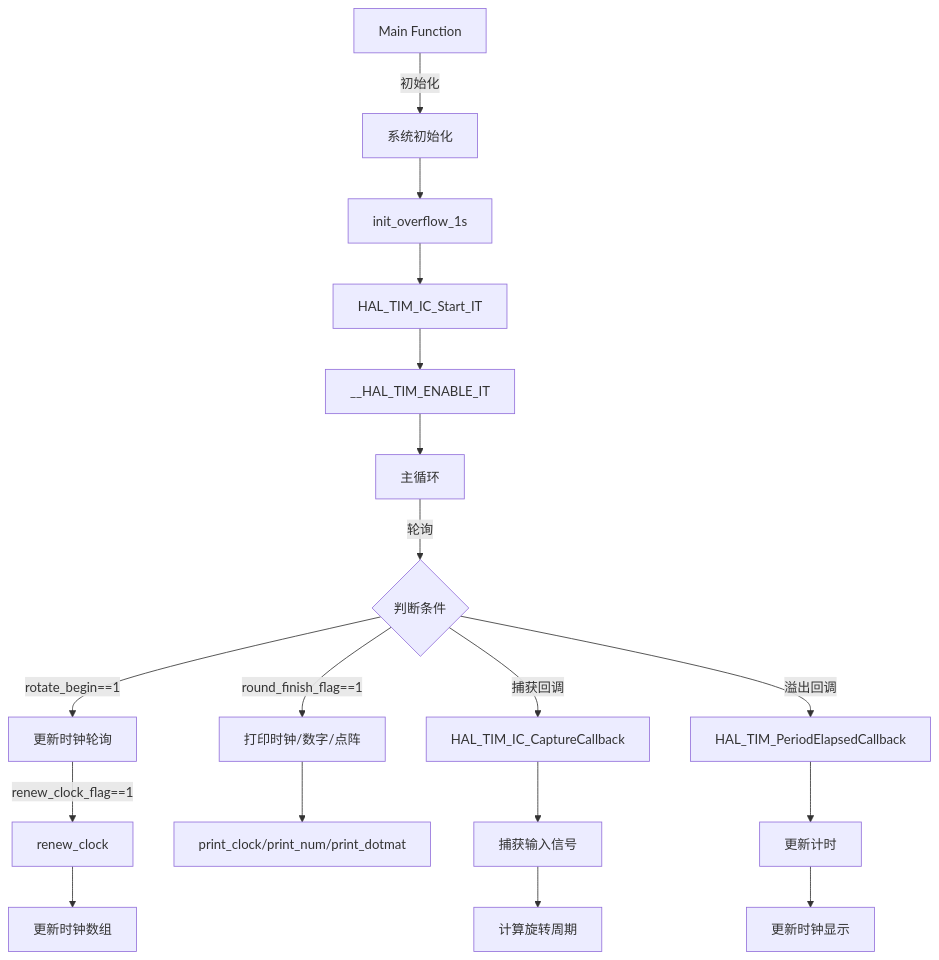
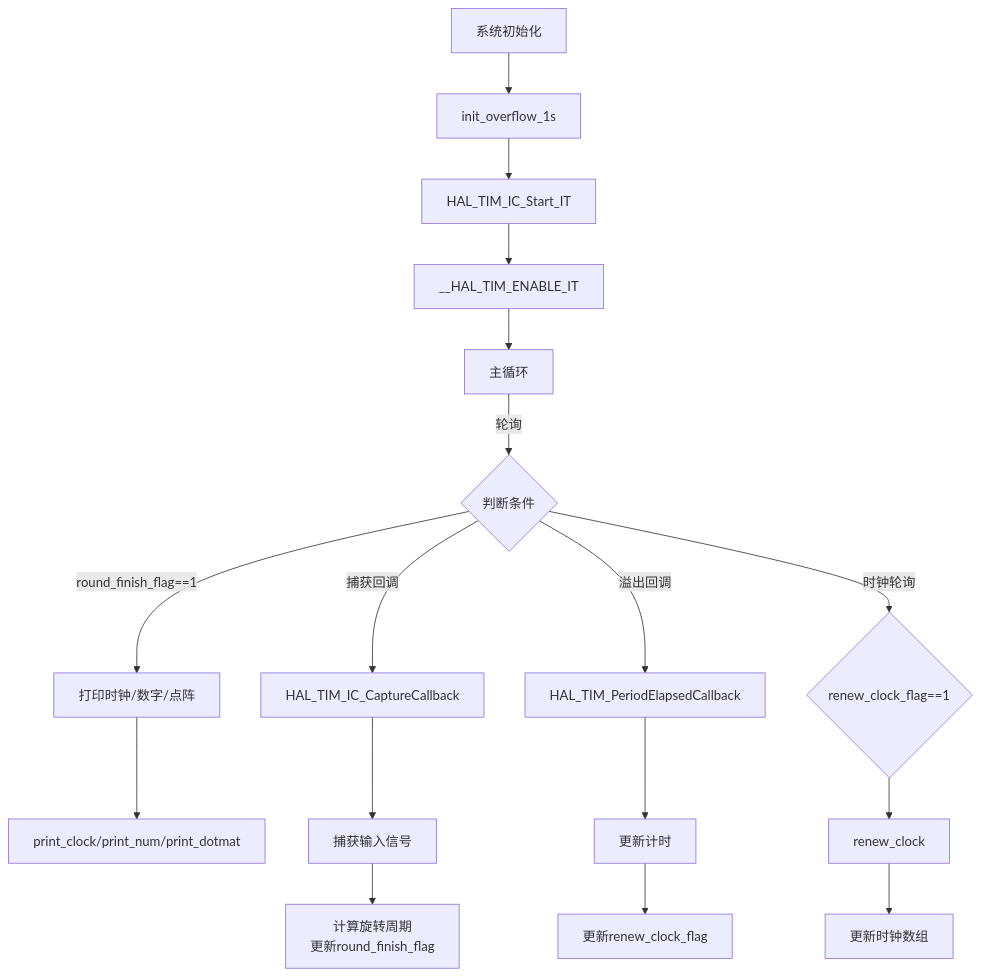
Before and after one commit to 0kitasan/STM32-project: the diagram in project1/project1.md, drawn with Mermaid. The commit also changed other lines of this file, not shown here.

````diff
--- a/project1/project1.md
+++ b/project1/project1.md
@@ -281,25 +282,24 @@
 ```mermaid
 graph TD
-    A[Main Function] -->|初始化| B[系统初始化]
-    B --> C[init_overflow_1s]
-    C --> D[HAL_TIM_IC_Start_IT]
-    D --> E[__HAL_TIM_ENABLE_IT]
+    A[系统初始化] --> B[init_overflow_1s]
+    B --> C[HAL_TIM_IC_Start_IT]
+    C --> D[__HAL_TIM_ENABLE_IT]
 
-    E --> F[主循环]
-    F -->|轮询| G{判断条件}
-    G -->|rotate_begin==1| H[更新时钟轮询]
-    G -->|round_finish_flag==1| I[打印时钟/数字/点阵]
+    D --> E[主循环]
+    E -->|轮询| F{判断条件}
+    F -->|round_finish_flag==1| G[打印时钟/数字/点阵]
 
-    H -->|renew_clock_flag==1| J[renew_clock]
-    J --> K[更新时钟数组]
+    G --> H[print_clock/print_num/print_dotmat]
 
-    I --> L[print_clock/print_num/print_dotmat]
+    F -->|捕获回调| I[HAL_TIM_IC_CaptureCallback]
+    I --> J[捕获输入信号]
+    J --> K[计算旋转周期<br>更新round_finish_flag]
 
-    G -->|捕获回调| M[HAL_TIM_IC_CaptureCallback]
-    M --> N[捕获输入信号]
-    N --> O[计算旋转周期]
+    F -->|溢出回调| L[HAL_TIM_PeriodElapsedCallback]
+    L --> M[更新计时]
+    M --> N[更新renew_clock_flag]
 
-    G -->|溢出回调| P[HAL_TIM_PeriodElapsedCallback]
-    P --> Q[更新计时]
-    Q --> R[更新时钟显示]
+    F -->|时钟轮询| O{renew_clock_flag==1}
+    O --> P[renew_clock]
+    P --> Q[更新时钟数组]
 ```
````
